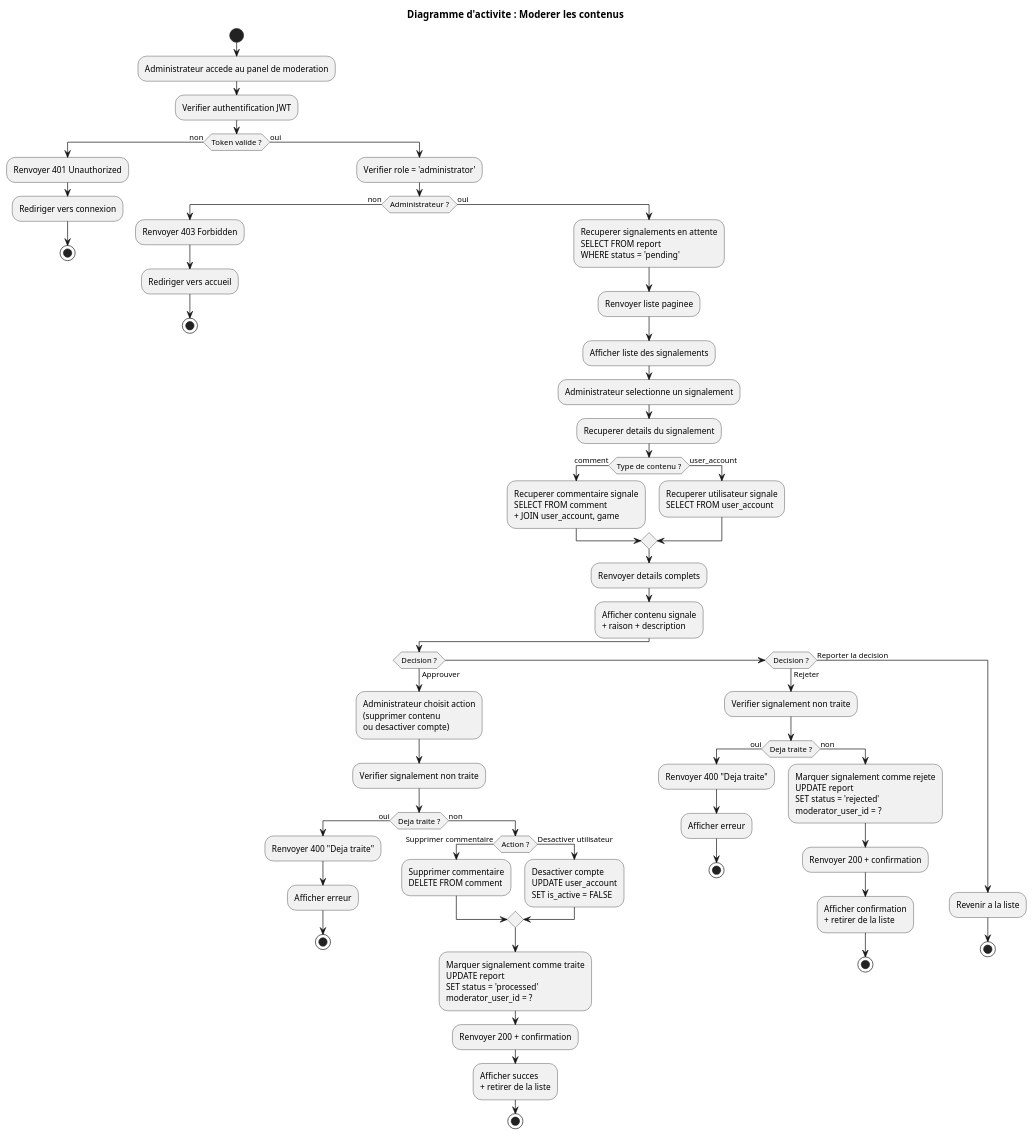
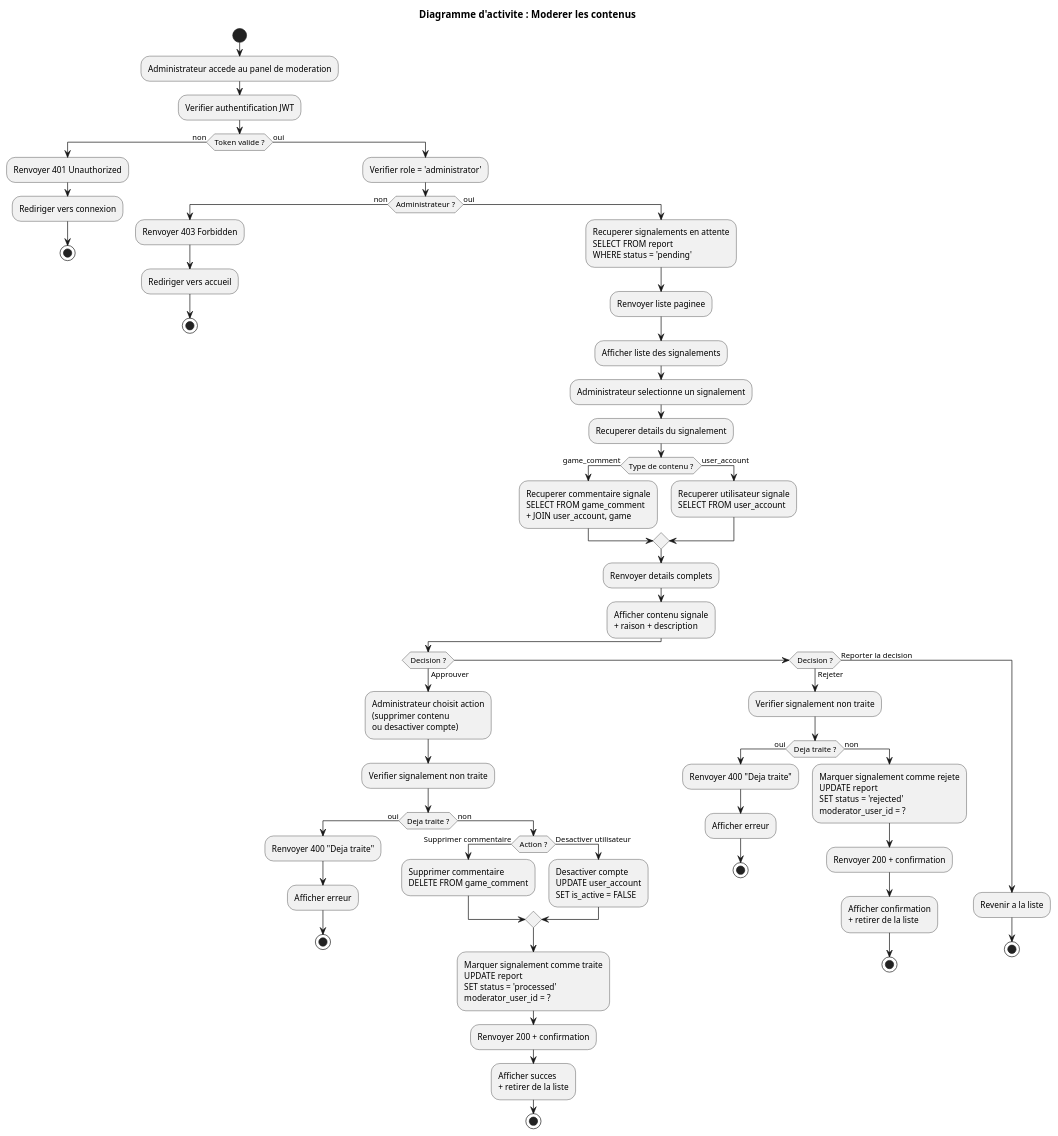
One commit to Zodiarche/MyGameList changed the diagram in uml/activity/moderate-content.puml. Above: the diagram before and after it, drawn with PlantUML. The commit also changed 52 other files, not shown here.

Commit message:
Ajout de tests BDD + ajustements des diagrammes selon le MPD

```diff
--- a/uml/activity/moderate-content.puml
+++ b/uml/activity/moderate-content.puml
@@ -1,89 +1,89 @@
 @startuml Activity_ModererContenu
 title Diagramme d'activite : Moderer les contenus
 
 start
 
 :Administrateur accede au panel de moderation;
 
 :Verifier authentification JWT;
 
 if (Token valide ?) then (non)
   :Renvoyer 401 Unauthorized;
   :Rediriger vers connexion;
   stop
 else (oui)
   :Verifier role = 'administrator';
-  
+
   if (Administrateur ?) then (non)
     :Renvoyer 403 Forbidden;
     :Rediriger vers accueil;
     stop
   else (oui)
     :Recuperer signalements en attente\nSELECT FROM report\nWHERE status = 'pending';
-    
+
     :Renvoyer liste paginee;
-    
+
     :Afficher liste des signalements;
-    
+
     :Administrateur selectionne un signalement;
-    
+
     :Recuperer details du signalement;
-    
-    if (Type de contenu ?) then (comment)
-      :Recuperer commentaire signale\nSELECT FROM comment\n+ JOIN user_account, game;
+
+    if (Type de contenu ?) then (game_comment)
+      :Recuperer commentaire signale\nSELECT FROM game_comment\n+ JOIN user_account, game;
     else (user_account)
       :Recuperer utilisateur signale\nSELECT FROM user_account;
     endif
-    
+
     :Renvoyer details complets;
-    
+
     :Afficher contenu signale\n+ raison + description;
-    
+
     if (Decision ?) then (Approuver)
       :Administrateur choisit action\n(supprimer contenu\nou desactiver compte);
-      
+
       :Verifier signalement non traite;
-      
+
       if (Deja traite ?) then (oui)
         :Renvoyer 400 "Deja traite";
         :Afficher erreur;
         stop
       else (non)
         if (Action ?) then (Supprimer commentaire)
-          :Supprimer commentaire\nDELETE FROM comment;
+          :Supprimer commentaire\nDELETE FROM game_comment;
         else (Desactiver utilisateur)
           :Desactiver compte\nUPDATE user_account\nSET is_active = FALSE;
         endif
-        
+
         :Marquer signalement comme traite\nUPDATE report\nSET status = 'processed'\nmoderator_user_id = ?;
-        
+
         :Renvoyer 200 + confirmation;
-        
+
         :Afficher succes\n+ retirer de la liste;
         stop
       endif
-      
+
     elseif (Decision ?) then (Rejeter)
       :Verifier signalement non traite;
-      
+
       if (Deja traite ?) then (oui)
         :Renvoyer 400 "Deja traite";
         :Afficher erreur;
         stop
       else (non)
         :Marquer signalement comme rejete\nUPDATE report\nSET status = 'rejected'\nmoderator_user_id = ?;
-        
+
         :Renvoyer 200 + confirmation;
-        
+
         :Afficher confirmation\n+ retirer de la liste;
         stop
       endif
-      
+
     else (Reporter la decision)
       :Revenir a la liste;
       stop
     endif
   endif
 endif
 
 @enduml
```
